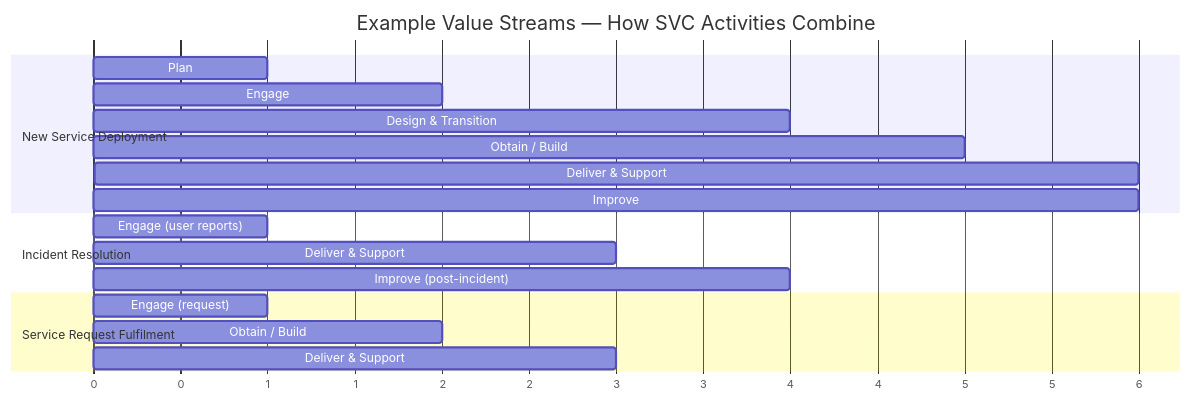
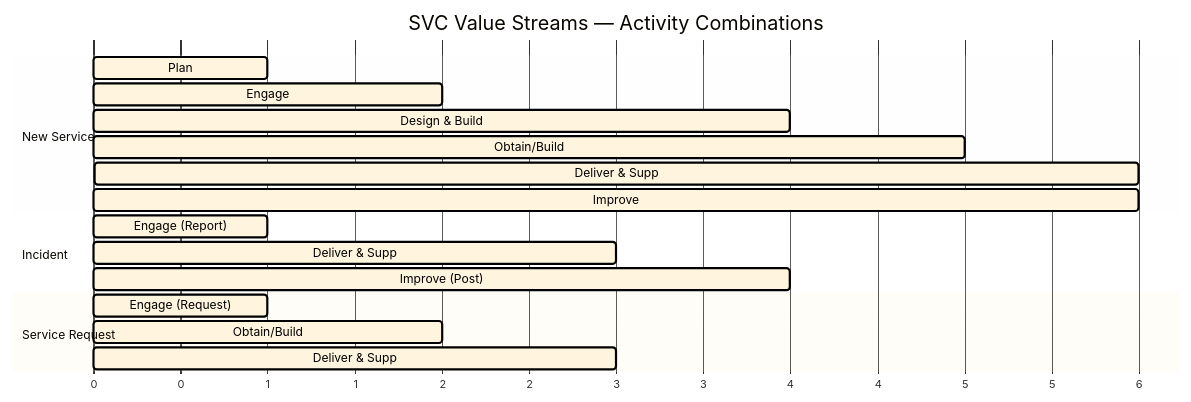
The second of 2 diagrams in 05-service-value-chain.md (marcogrimaldi29/itil-4-foundation), drawn with Mermaid before and after one commit.

Commit message:
Updated Mermaid  Gantt chart format

````diff
--- a/05-service-value-chain.md
+++ b/05-service-value-chain.md
@@ -173,24 +173,25 @@
 ```mermaid
+%%{init: {'theme': 'base', 'themeVariables': { 'primaryTextColor': '#000', 'primaryBorderColor': '#000', 'gridLineStartPadding': '200', 'fontSize': '14px', 'fontFamily': 'Arial'}, 'gantt': {'numberSectionStyles': 4}}}%%
 gantt
-    title Example Value Streams — How SVC Activities Combine
+    title SVC Value Streams — Activity Combinations
     dateFormat X
     axisFormat %s
 
-    section New Service Deployment
+    section New Service
     Plan            :a1, 0, 1
     Engage          :a2, 1, 2
-    Design & Transition :a3, 2, 4
-    Obtain / Build  :a4, 3, 5
-    Deliver & Support :a5, 5, 6
+    Design & Build  :a3, 2, 4
+    Obtain/Build    :a4, 3, 5
+    Deliver & Supp  :a5, 5, 6
     Improve         :a6, 0, 6
 
-    section Incident Resolution
-    Engage (user reports) :b1, 0, 1
-    Deliver & Support :b2, 1, 3
-    Improve (post-incident) :b3, 3, 4
+    section Incident
+    Engage (Report) :b1, 0, 1
+    Deliver & Supp  :b2, 1, 3
+    Improve (Post)  :b3, 3, 4
 
-    section Service Request Fulfilment
-    Engage (request) :c1, 0, 1
-    Obtain / Build   :c2, 1, 2
-    Deliver & Support :c3, 2, 3
+    section Service Request
+    Engage (Request) :c1, 0, 1
+    Obtain/Build     :c2, 1, 2
+    Deliver & Supp   :c3, 2, 3
 ```
````
